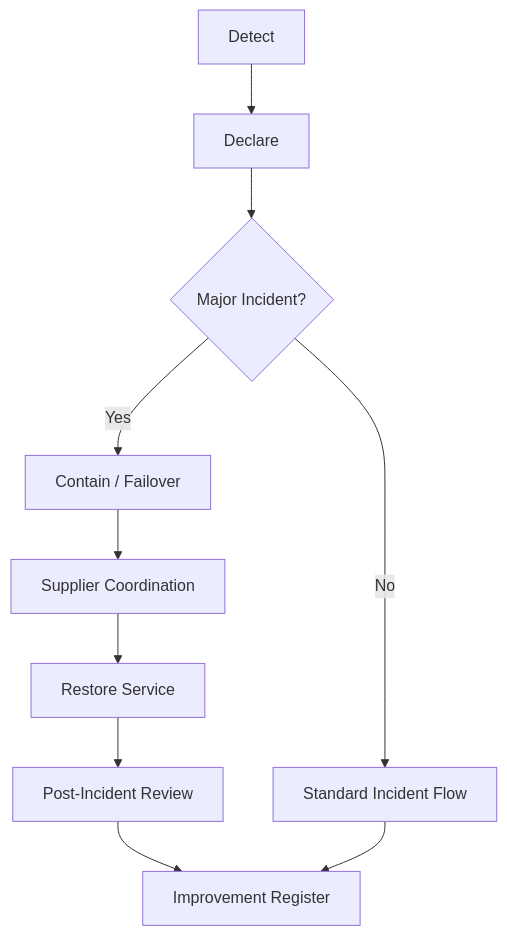
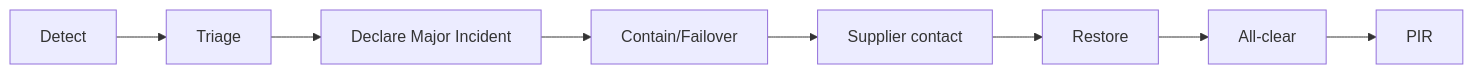
Before and after one commit to itsimonfredlingjack/nordiq-sejfa: the diagram in docs/03-operational-readiness.md, drawn with Mermaid. The commit also changed other lines of this file and 3 other files, not shown here.

````diff
--- a/docs/03-operational-readiness.md
+++ b/docs/03-operational-readiness.md
@@ -22,15 +75,10 @@
 ```mermaid
-flowchart TB
-    A["Detect"] --> B["Declare"]
-    B --> C{"Major Incident?"}
-
-    C -->|Yes| D["Contain / Failover"]
-    C -->|No| E["Standard Incident Flow"]
-
-    D --> F["Supplier Coordination"]
-    F --> G["Restore Service"]
-    G --> H["Post-Incident Review"]
-    H --> I["Improvement Register"]
-
-    E --> I
+flowchart LR
+    A["Detect"] --> B["Triage"]
+    B --> C["Declare Major Incident"]
+    C --> D["Contain/Failover"]
+    D --> E["Supplier contact"]
+    E --> F["Restore"]
+    F --> G["All-clear"]
+    G --> H["PIR"]
 ```
````
